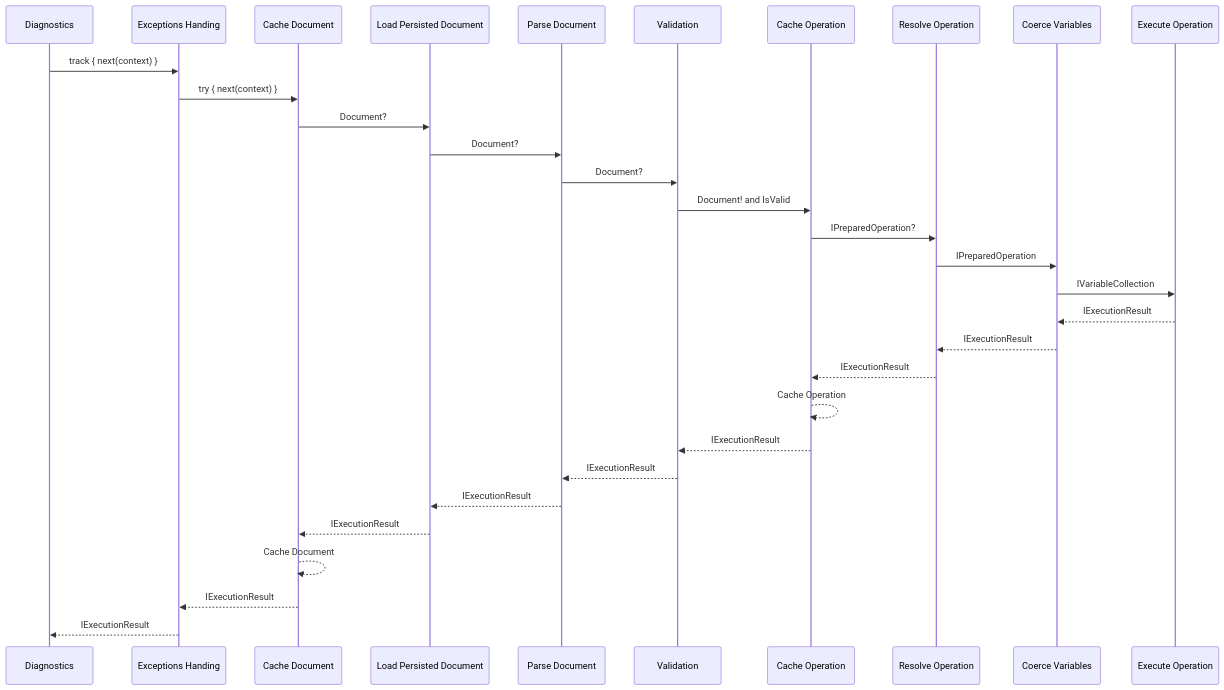
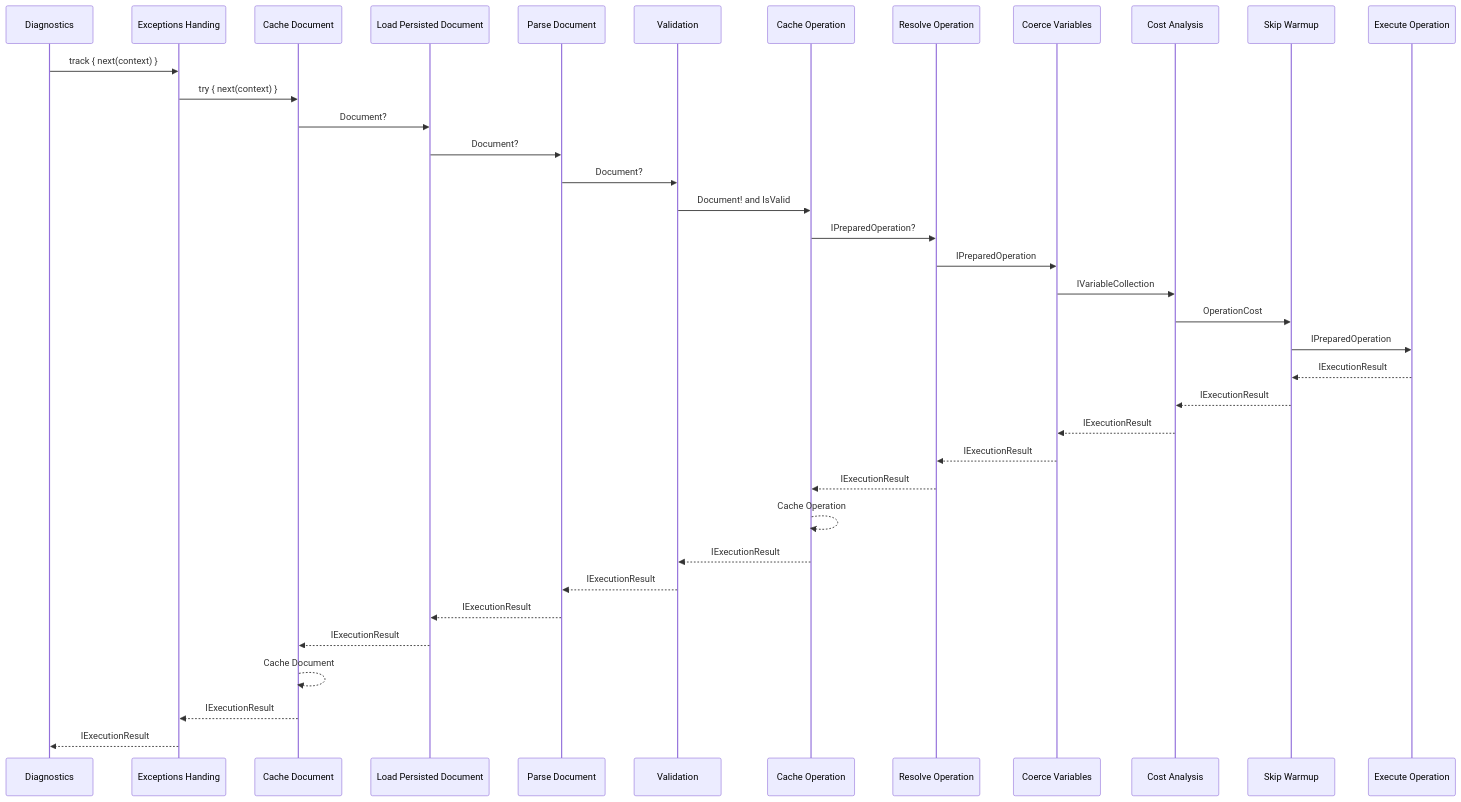
Before and after one commit to ChilliCream/graphql-platform: the second of 2 diagrams in src/HotChocolate/Core/src/Types/Execution/Pipeline/Pipelines.md, drawn with Mermaid. The commit also changed other lines of this file and 8 other files, not shown here.

````diff
--- a/src/HotChocolate/Core/src/Types/Execution/Pipeline/Pipelines.md
+++ b/src/HotChocolate/Core/src/Types/Execution/Pipeline/Pipelines.md
@@ -32,24 +36,28 @@
 ```mermaid
 sequenceDiagram
     Diagnostics->>Exceptions Handing: track { next(context) }
     Exceptions Handing->>Cache Document: try { next(context) }
     Cache Document->>Load Persisted Document: Document?
     Load Persisted Document->>Parse Document: Document?
     Parse Document->>Validation: Document?
     Validation->>Cache Operation: Document! and IsValid
     Cache Operation->>Resolve Operation: IPreparedOperation?
     Resolve Operation->>Coerce Variables: IPreparedOperation
-    Coerce Variables->>Execute Operation: IVariableCollection
+    Coerce Variables->>Cost Analysis: IVariableCollection
+    Cost Analysis->>Skip Warmup: OperationCost
+    Skip Warmup->>Execute Operation: IPreparedOperation
 
-    Execute Operation-->>Coerce Variables: IExecutionResult
+    Execute Operation-->>Skip Warmup: IExecutionResult
+    Skip Warmup-->>Cost Analysis: IExecutionResult
+    Cost Analysis-->>Coerce Variables: IExecutionResult
     Coerce Variables-->>Resolve Operation: IExecutionResult
     Resolve Operation-->>Cache Operation: IExecutionResult
     Cache Operation-->>Cache Operation: Cache Operation
     Cache Operation-->>Validation: IExecutionResult
     Validation-->>Parse Document: IExecutionResult
     Parse Document-->>Load Persisted Document: IExecutionResult
     Load Persisted Document-->>Cache Document: IExecutionResult
     Cache Document-->>Cache Document: Cache Document
     Cache Document-->>Exceptions Handing: IExecutionResult
     Exceptions Handing-->>Diagnostics: IExecutionResult
 ```
````
